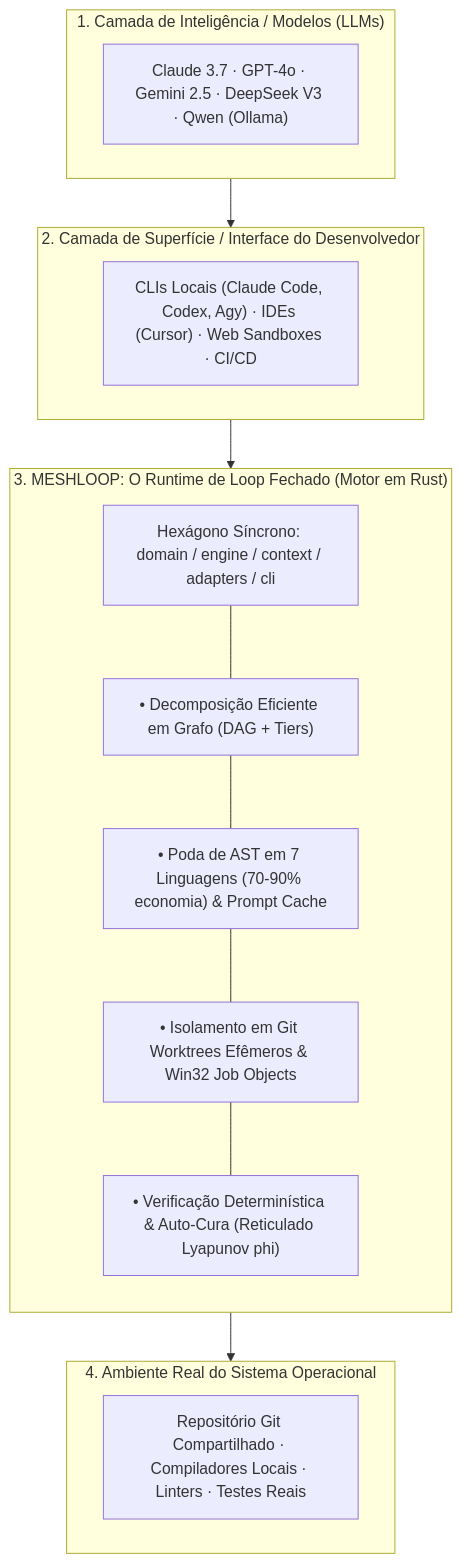
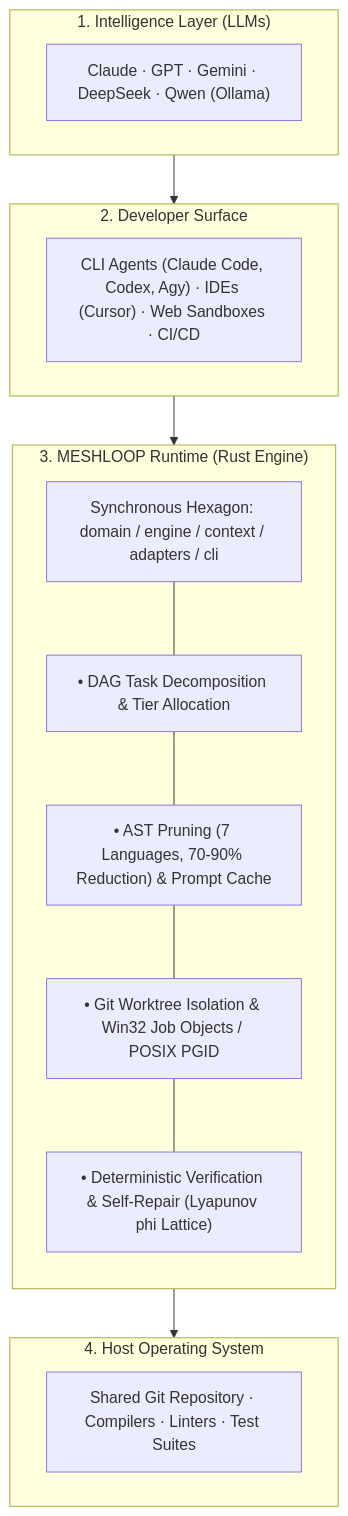
One commit to smota/meshloop changed the first of 3 diagrams in docs/architecture/overview.md. Above: the diagram before and after it, drawn with Mermaid. The commit also changed other lines of this file and 14 other files, not shown here.

````diff
--- a/docs/architecture/overview.md
+++ b/docs/architecture/overview.md
@@ -14,28 +13,28 @@
 ```mermaid
 flowchart TB
-  subgraph L1 ["1. Camada de Inteligência / Modelos (LLMs)"]
-    M["Claude 3.7 · GPT-4o · Gemini 2.5 · DeepSeek V3 · Qwen (Ollama)"]
+  subgraph L1 ["1. Intelligence Layer (LLMs)"]
+    M["Claude · GPT · Gemini · DeepSeek · Qwen (Ollama)"]
   end
 
-  subgraph L2 ["2. Camada de Superfície / Interface do Desenvolvedor"]
-    CLI["CLIs Locais (Claude Code, Codex, Agy) · IDEs (Cursor) · Web Sandboxes · CI/CD"]
+  subgraph L2 ["2. Developer Surface"]
+    CLI["CLI Agents (Claude Code, Codex, Agy) · IDEs (Cursor) · Web Sandboxes · CI/CD"]
   end
 
-  subgraph L3 ["3. MESHLOOP: O Runtime de Loop Fechado (Motor em Rust)"]
+  subgraph L3 ["3. MESHLOOP Runtime (Rust Engine)"]
     direction TB
-    EngineHex["Hexágono Síncrono: domain / engine / context / adapters / cli"]
-    P1["• Decomposição Eficiente em Grafo (DAG + Tiers)"]
-    P2["• Poda de AST em 7 Linguagens (70-90% economia) & Prompt Cache"]
-    P3["• Isolamento em Git Worktrees Efêmeros & Win32 Job Objects"]
-    P4["• Verificação Determinística & Auto-Cura (Reticulado Lyapunov phi)"]
+    EngineHex["Synchronous Hexagon: domain / engine / context / adapters / cli"]
+    P1["• DAG Task Decomposition & Tier Allocation"]
+    P2["• AST Pruning (7 Languages, 70-90% Reduction) & Prompt Cache"]
+    P3["• Git Worktree Isolation & Win32 Job Objects / POSIX PGID"]
+    P4["• Deterministic Verification & Self-Repair (Lyapunov phi Lattice)"]
     EngineHex --- P1 --- P2 --- P3 --- P4
   end
 
-  subgraph L4 ["4. Ambiente Real do Sistema Operacional"]
-    Host["Repositório Git Compartilhado · Compiladores Locais · Linters · Testes Reais"]
+  subgraph L4 ["4. Host Operating System"]
+    Host["Shared Git Repository · Compilers · Linters · Test Suites"]
   end
 
   L1 --> L2
   L2 --> L3
   L3 --> L4
 ```
````
